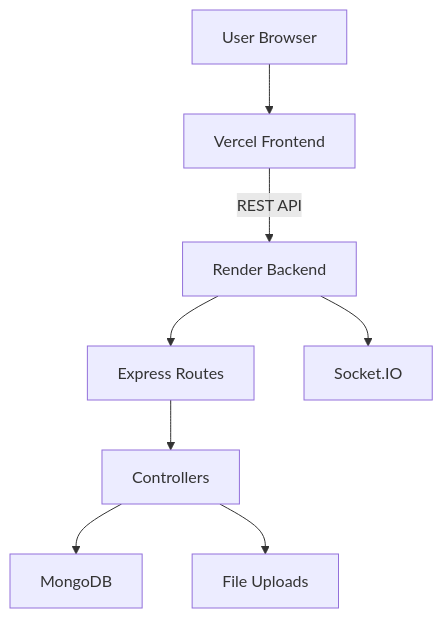
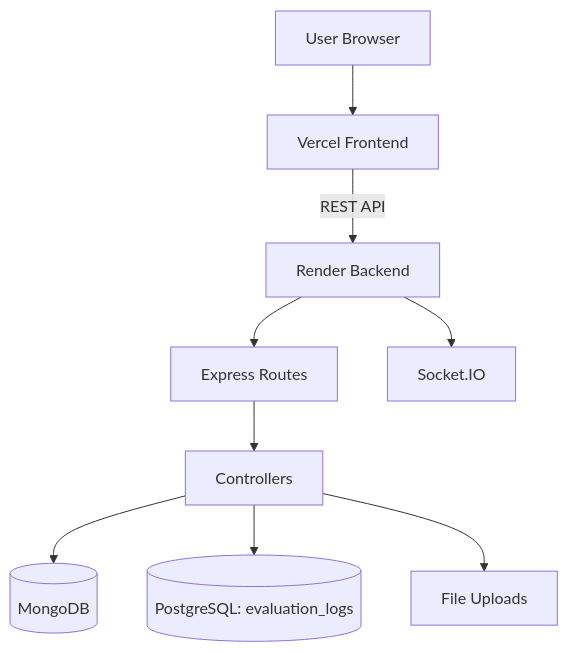
Before and after one commit to RishabhDotIn/Gradion: the diagram in README.md, drawn with Mermaid. The commit also changed other lines of this file and 2 other files, not shown here.

Commit message:
Add postgres routes and update server integration

````diff
--- a/README.md
+++ b/README.md
@@ -73,10 +73,11 @@
 ```mermaid
 graph TD
   U[User Browser] --> V[Vercel Frontend]
   V -->|REST API| R[Render Backend]
-  R --> C[Express Routes]
-  C --> M[Controllers]
-  M --> D[MongoDB]
-  M --> F[File Uploads]
-  R --> S[Socket.IO]
+   R --> E[Express Routes]
+   E --> C[Controllers]
+   C --> M[(MongoDB)]
+   C --> P[(PostgreSQL: evaluation_logs)]
+   C --> F[File Uploads]
+   R --> S[Socket.IO]
 ```
````
